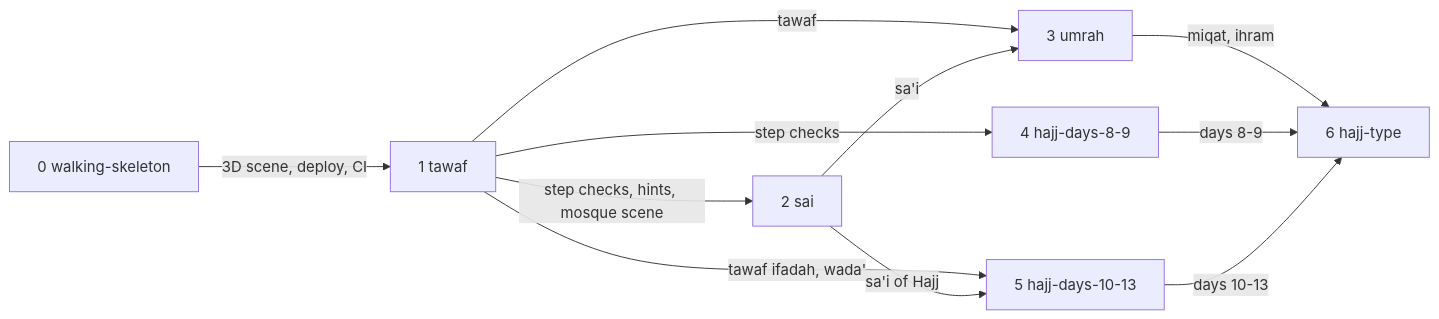
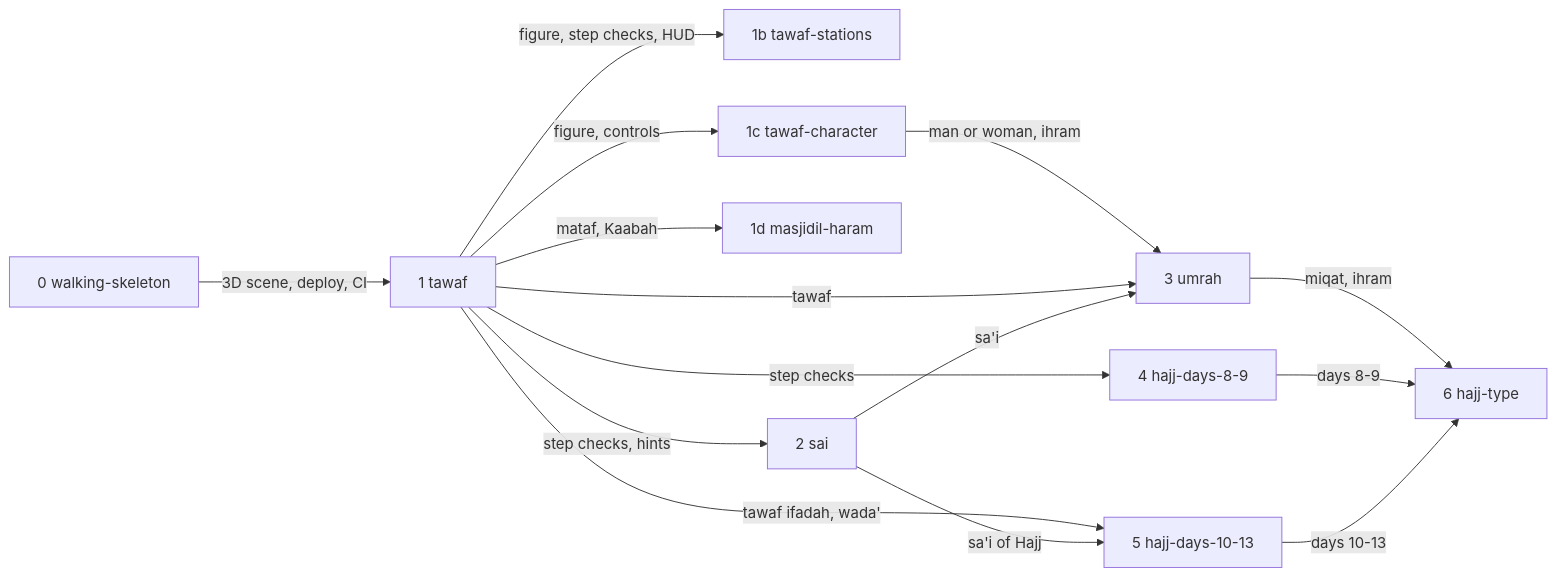
The second of 2 diagrams in docs/specs/virtual-hajj/shape.md (dzaffren/VirtualHajj), drawn with Mermaid before and after one commit. The commit also changed other lines of this file and 50 other files, not shown here.

First line of the commit message:
feat(tawaf): add the tawaf page, with mistakes, hints off and Malay

````diff
--- a/docs/specs/virtual-hajj/shape.md
+++ b/docs/specs/virtual-hajj/shape.md
@@ -27,13 +27,17 @@
 ```mermaid
 flowchart LR
     S0[0 walking-skeleton] -->|3D scene, deploy, CI| S1[1 tawaf]
-    S1 -->|step checks, hints, mosque scene| S2[2 sai]
+    S1 -->|figure, step checks, HUD| S1B[1b tawaf-stations]
+    S1 -->|figure, controls| S1C[1c tawaf-character]
+    S1 -->|mataf, Kaabah| S1D[1d masjidil-haram]
+    S1C -->|man or woman, ihram| S3
+    S1 -->|step checks, hints| S2[2 sai]
     S1 -->|tawaf| S3[3 umrah]
     S2 -->|sa'i| S3
     S1 -->|step checks| S4[4 hajj-days-8-9]
     S1 -->|tawaf ifadah, wada'| S5[5 hajj-days-10-13]
     S2 -->|sa'i of Hajj| S5
     S3 -->|miqat, ihram| S6[6 hajj-type]
     S4 -->|days 8-9| S6
     S5 -->|days 10-13| S6
 ```
````
